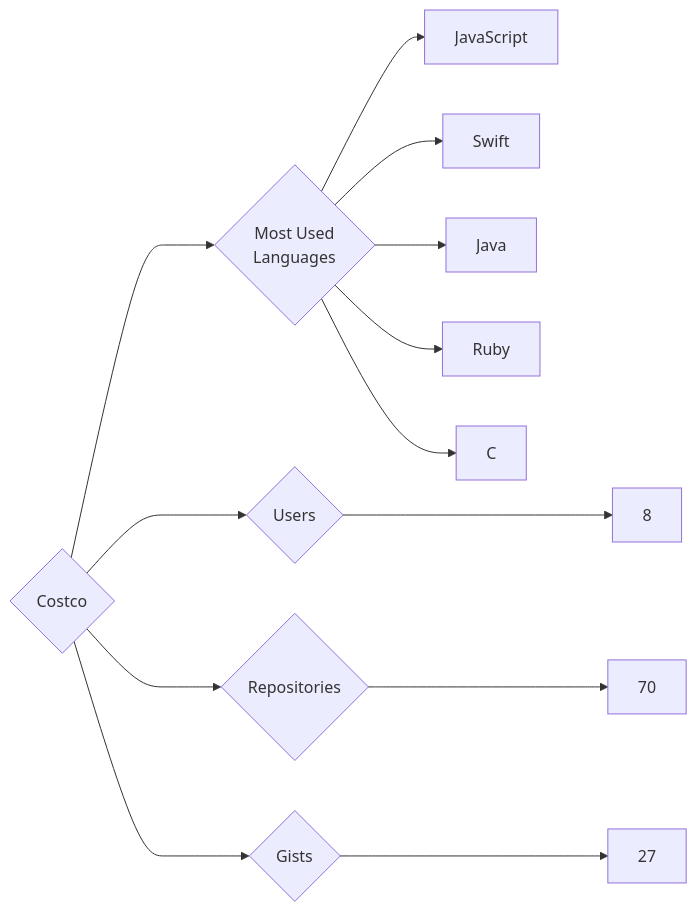
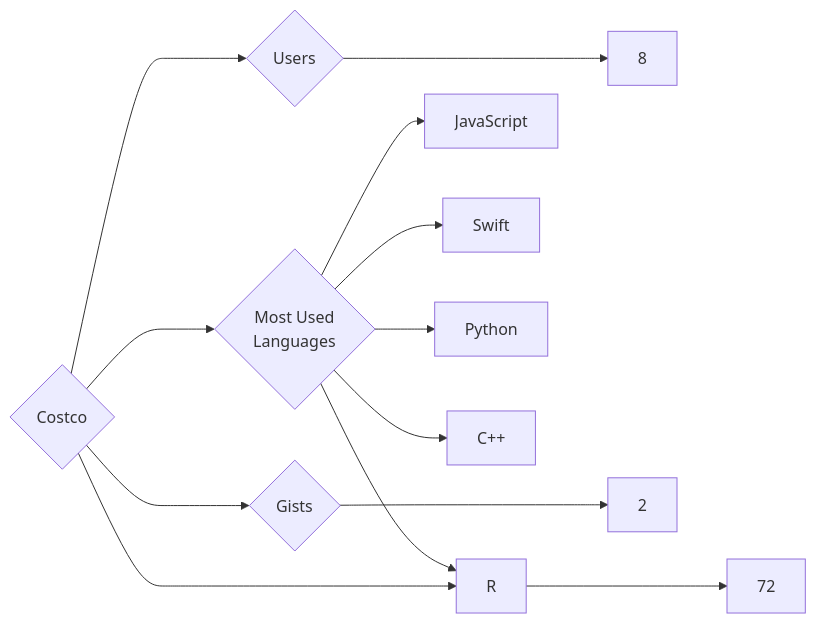
The diagram in targets/Costco/README.md (trickest/insiders), drawn with Mermaid before and after one commit. The commit also changed 857 other files, not shown here.

````diff
--- a/targets/Costco/README.md
+++ b/targets/Costco/README.md
@@ -3,13 +3,13 @@
 ```mermaid
 graph LR
 COMPANY_NAME{Costco}
 COMPANY_NAME ---> U{Users} ---> UN[8]
-COMPANY_NAME ---> R{Repositories} ---> RN[70]
-COMPANY_NAME ---> G{Gists} ---> GN[27]
+COMPANY_NAME ---> R{Repositories} ---> RN[72]
+COMPANY_NAME ---> G{Gists} ---> GN[2]
 COMPANY_NAME ---> ML{Most Used<br>Languages}
 ML --> JavaScript[JavaScript]
 ML --> Swift[Swift]
-ML --> Java[Java]
-ML --> Ruby[Ruby]
-ML --> C[C]
+ML --> Python[Python]
+ML --> R[R]
+ML --> C++[C++]
 ```
````
